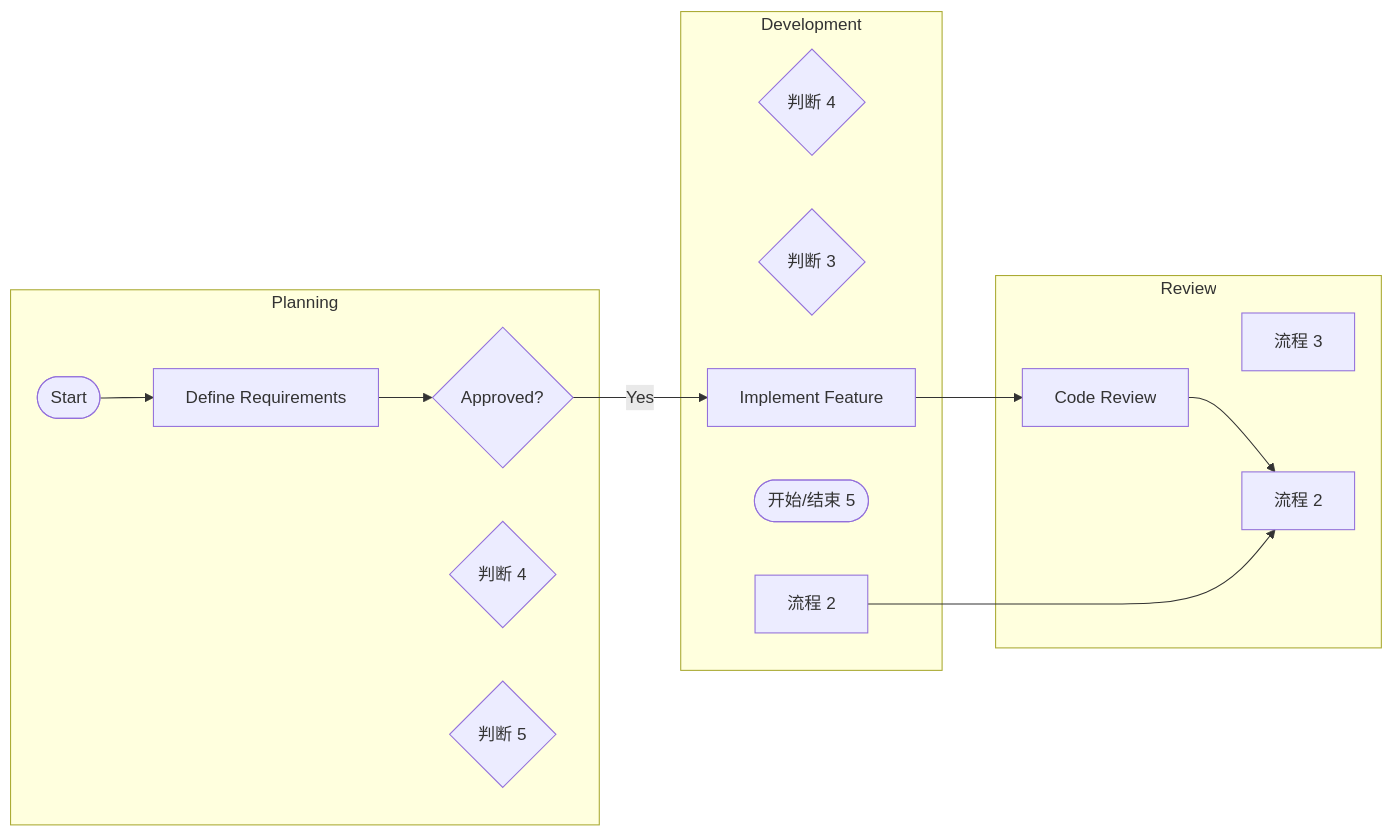
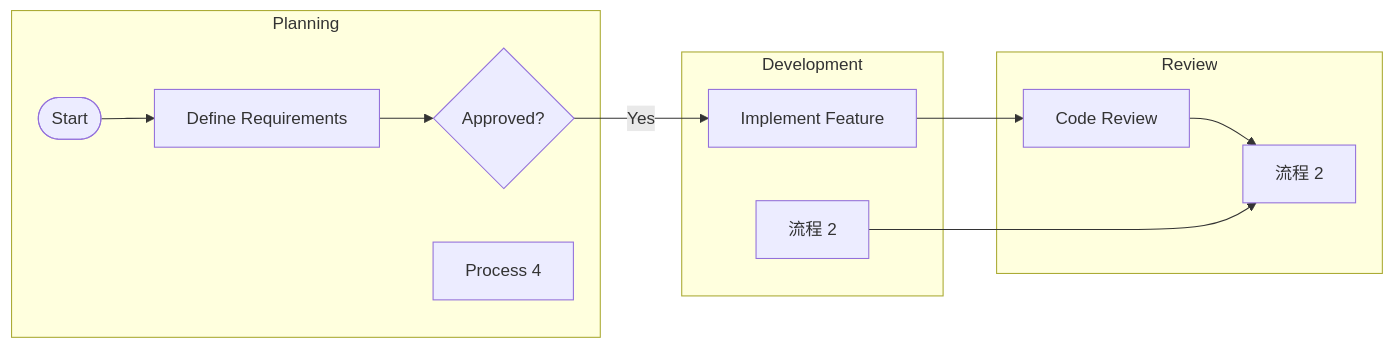
Before and after one commit to pingpm/mermaid_vault: the diagram in mmd/12323_41681640-9752-48cb-9907-d6624d5d20d0.mmd, drawn with Mermaid. The commit also changed 3 other files, not shown here.

Commit message:
Sync Mermaid Studio data (15 diagrams)

```diff
--- a/mmd/12323_41681640-9752-48cb-9907-d6624d5d20d0.mmd
+++ b/mmd/12323_41681640-9752-48cb-9907-d6624d5d20d0.mmd
@@ -1,26 +1,21 @@
 flowchart LR
   subgraph lane_0["Planning"]
     t_0{"Approved?"}
     t_1(["Start"])
     t_2["Define Requirements"]
-    t_3{"判断 4"}
-    t_4{"判断 5"}
+    t_3["Process 4"]
   end
   subgraph lane_1["Development"]
-    t_5{"判断 4"}
-    t_6{"判断 3"}
-    t_7["Implement Feature"]
-    t_8(["开始/结束 5"])
-    t_9["流程 2"]
+    t_4["Implement Feature"]
+    t_5["流程 2"]
   end
   subgraph lane_2["Review"]
-    t_10["Code Review"]
-    t_11["流程 3"]
-    t_12["流程 2"]
+    t_6["Code Review"]
+    t_7["流程 2"]
   end
   t_1 --> t_2
   t_2 --> t_0
-  t_0 -->|"Yes"| t_7
-  t_7 --> t_10
-  t_10 --> t_12
-  t_9 --> t_12
+  t_0 -->|"Yes"| t_4
+  t_4 --> t_6
+  t_6 --> t_7
+  t_5 --> t_7
```
